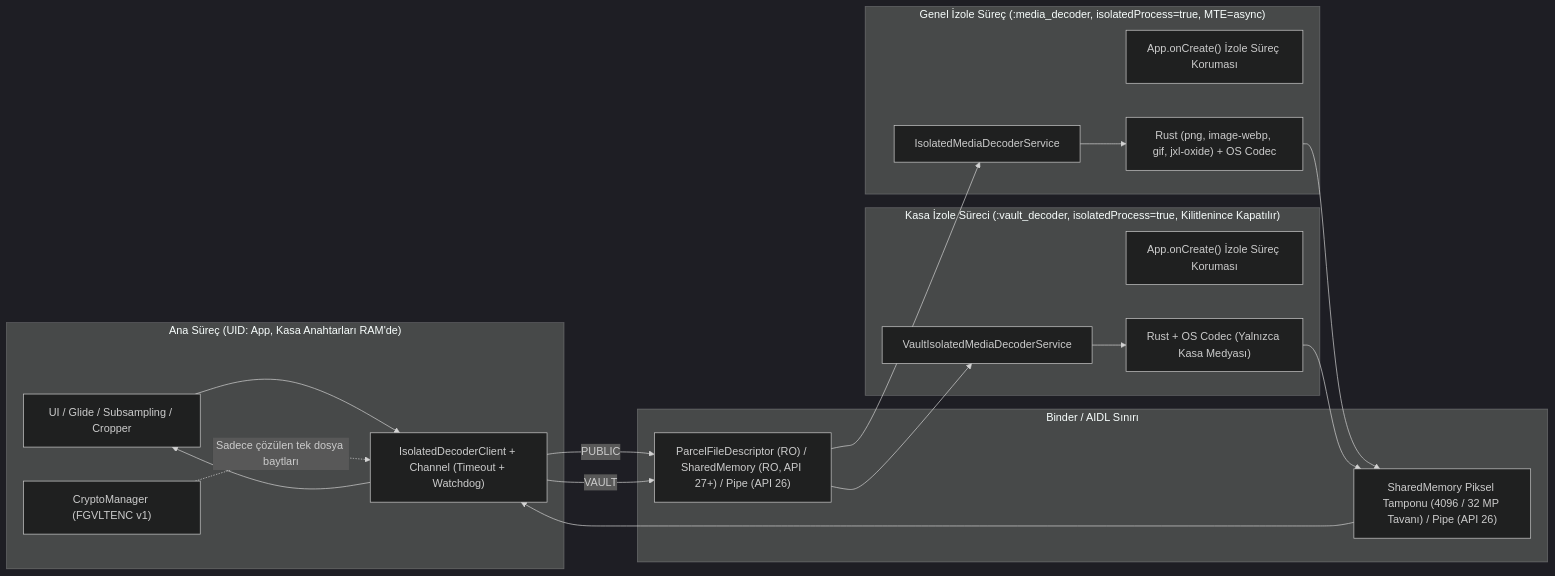
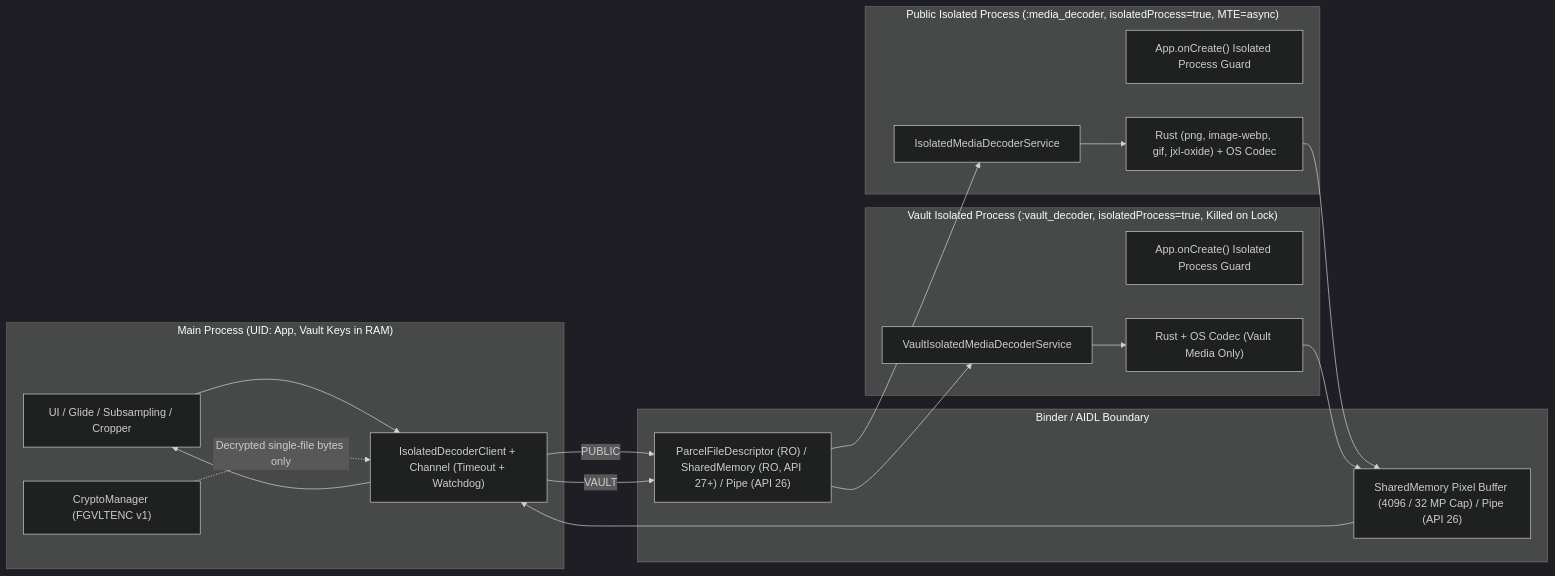
Before and after one commit to akbudakanl/Calypso-Gallery: the diagram in docs/adr/0009-isolated-media-decoding.md, drawn with Mermaid (dark theme). The commit also changed other lines of this file and 2 other files, not shown here.

Commit message:
docs(adr,legal): translate ADR 0009 to English and add transitive Rust crate licenses

````diff
--- a/docs/adr/0009-isolated-media-decoding.md
+++ b/docs/adr/0009-isolated-media-decoding.md
@@ -59,32 +59,32 @@
 ```mermaid
 flowchart LR
-    subgraph MainProcess["Ana Süreç (UID: App, Kasa Anahtarları RAM'de)"]
+    subgraph MainProcess["Main Process (UID: App, Vault Keys in RAM)"]
         UI["UI / Glide / Subsampling / Cropper"]
         Vault["CryptoManager (FGVLTENC v1)"]
         Broker["IsolatedDecoderClient + Channel (Timeout + Watchdog)"]
     end
 
-    subgraph BinderIPC["Binder / AIDL Sınırı"]
+    subgraph BinderIPC["Binder / AIDL Boundary"]
         Input["ParcelFileDescriptor (RO) / SharedMemory (RO, API 27+) / Pipe (API 26)"]
-        Output["SharedMemory Piksel Tamponu (4096 / 32 MP Tavanı) / Pipe (API 26)"]
+        Output["SharedMemory Pixel Buffer (4096 / 32 MP Cap) / Pipe (API 26)"]
     end
 
-    subgraph PublicIsolated["Genel İzole Süreç (:media_decoder, isolatedProcess=true, MTE=async)"]
-        AppGuard1["App.onCreate() İzole Süreç Koruması"]
+    subgraph PublicIsolated["Public Isolated Process (:media_decoder, isolatedProcess=true, MTE=async)"]
+        AppGuard1["App.onCreate() Isolated Process Guard"]
         Service1["IsolatedMediaDecoderService"]
         Decoders1["Rust (png, image-webp, gif, jxl-oxide) + OS Codec"]
     end
 
-    subgraph VaultIsolated["Kasa İzole Süreci (:vault_decoder, isolatedProcess=true, Kilitlenince Kapatılır)"]
-        AppGuard2["App.onCreate() İzole Süreç Koruması"]
+    subgraph VaultIsolated["Vault Isolated Process (:vault_decoder, isolatedProcess=true, Killed on Lock)"]
+        AppGuard2["App.onCreate() Isolated Process Guard"]
         Service2["VaultIsolatedMediaDecoderService"]
-        Decoders2["Rust + OS Codec (Yalnızca Kasa Medyası)"]
+        Decoders2["Rust + OS Codec (Vault Media Only)"]
     end
 
     UI --> Broker
-    Vault -. "Sadece çözülen tek dosya baytları" .-> Broker
+    Vault -. "Decrypted single-file bytes only" .-> Broker
     Broker -- "PUBLIC" --> Input --> Service1 --> Decoders1
     Broker -- "VAULT" --> Input --> Service2 --> Decoders2
     Decoders1 --> Output --> Broker --> UI
     Decoders2 --> Output
 ```
````
